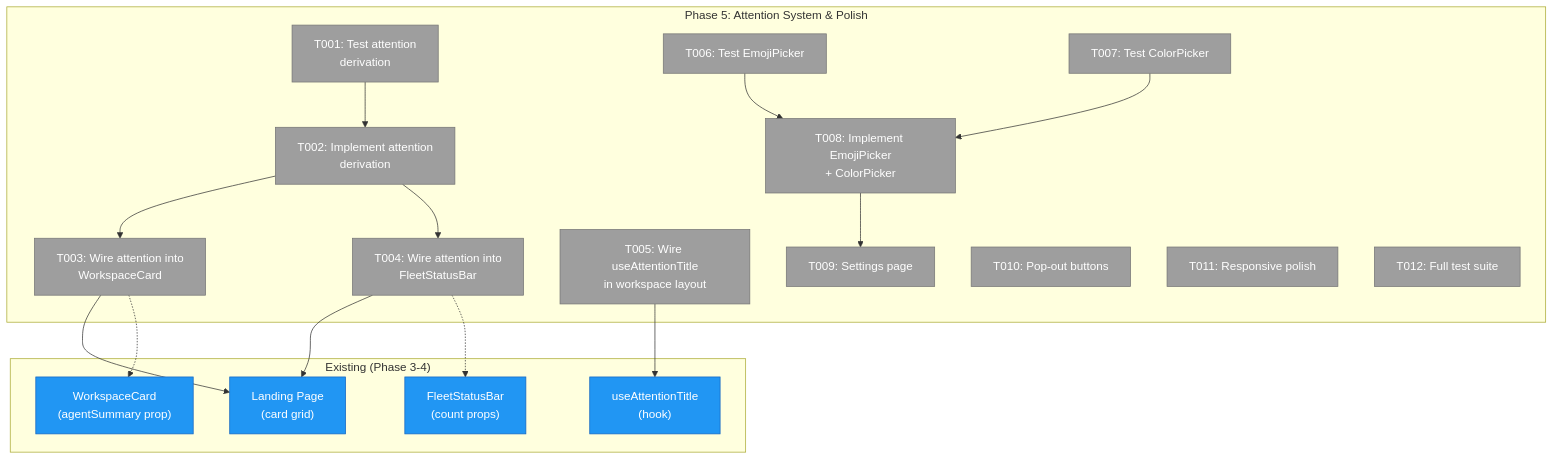
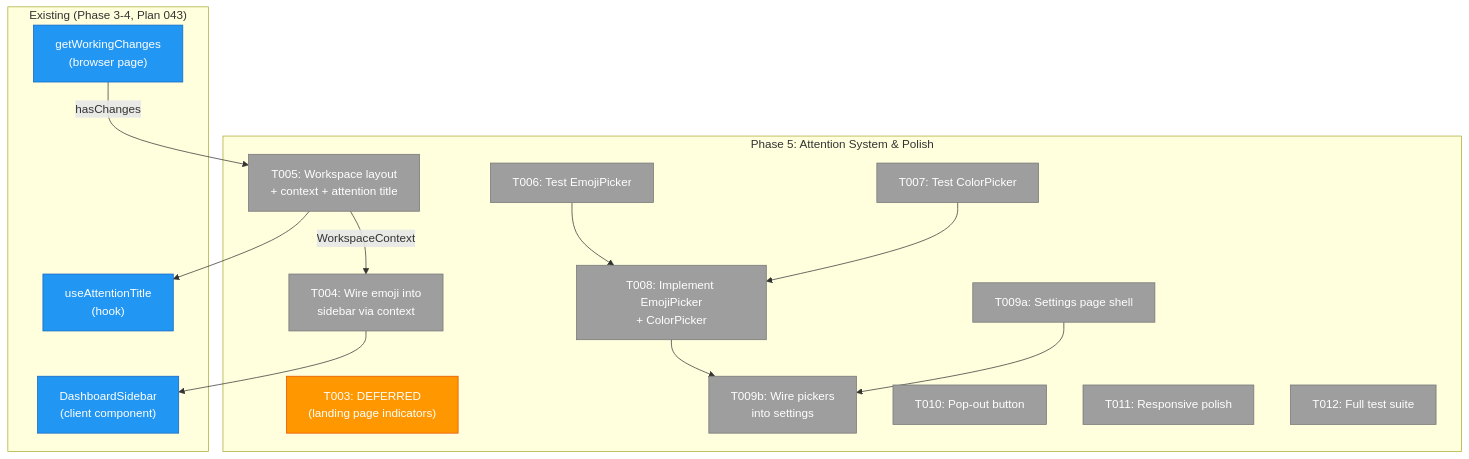
The first of 3 diagrams in docs/plans/041-file-browser/tasks/phase-5-attention-system-polish/tasks.md (AI-Substrate/chainglass), drawn with Mermaid before and after one commit. The commit also changed other lines of this file and 17 other files, not shown here.

First line of the commit message:
Plan 041 Phase 5: Attention system, workspace context, settings page, pickers

````diff
--- a/docs/plans/041-file-browser/tasks/phase-5-attention-system-polish/tasks.md
+++ b/docs/plans/041-file-browser/tasks/phase-5-attention-system-polish/tasks.md
@@ -111,41 +143,36 @@
 ```mermaid
 flowchart TD
     classDef pending fill:#9E9E9E,stroke:#757575,color:#fff
+    classDef deferred fill:#FF9800,stroke:#E65100,color:#fff
     classDef completed fill:#4CAF50,stroke:#388E3C,color:#fff
     classDef existing fill:#2196F3,stroke:#1565C0,color:#fff
 
     subgraph Phase5["Phase 5: Attention System & Polish"]
-        T001["T001: Test attention<br/>derivation"]:::pending
-        T002["T002: Implement attention<br/>derivation"]:::pending
-        T003["T003: Wire attention into<br/>WorkspaceCard"]:::pending
-        T004["T004: Wire attention into<br/>FleetStatusBar"]:::pending
-        T005["T005: Wire useAttentionTitle<br/>in workspace layout"]:::pending
+        T003["T003: DEFERRED<br/>(landing page indicators)"]:::deferred
+        T004["T004: Wire emoji into<br/>sidebar via context"]:::pending
+        T005["T005: Workspace layout<br/>+ context + attention title"]:::pending
         T006["T006: Test EmojiPicker"]:::pending
         T007["T007: Test ColorPicker"]:::pending
         T008["T008: Implement EmojiPicker<br/>+ ColorPicker"]:::pending
-        T009["T009: Settings page"]:::pending
-        T010["T010: Pop-out buttons"]:::pending
+        T009a["T009a: Settings page shell"]:::pending
+        T009b["T009b: Wire pickers<br/>into settings"]:::pending
+        T010["T010: Pop-out button"]:::pending
         T011["T011: Responsive polish"]:::pending
         T012["T012: Full test suite"]:::pending
     end
 
-    subgraph Existing["Existing (Phase 3-4)"]
-        WC["WorkspaceCard<br/>(agentSummary prop)"]:::existing
-        FSB["FleetStatusBar<br/>(count props)"]:::existing
+    subgraph Existing["Existing (Phase 3-4, Plan 043)"]
         UAT["useAttentionTitle<br/>(hook)"]:::existing
-        LP["Landing Page<br/>(card grid)"]:::existing
+        GWC["getWorkingChanges<br/>(browser page)"]:::existing
+        SB["DashboardSidebar<br/>(client component)"]:::existing
     end
 
-    T001 --> T002
-    T002 --> T003
-    T002 --> T004
-    T003 --> LP
-    T004 --> LP
+    T005 -->|"WorkspaceContext"| T004
     T005 --> UAT
+    GWC -->|"hasChanges"| T005
+    T004 --> SB
     T006 --> T008
     T007 --> T008
-    T008 --> T009
-
-    T003 -.-> WC
-    T004 -.-> FSB
+    T008 --> T009b
+    T009a --> T009b
 ```
````
